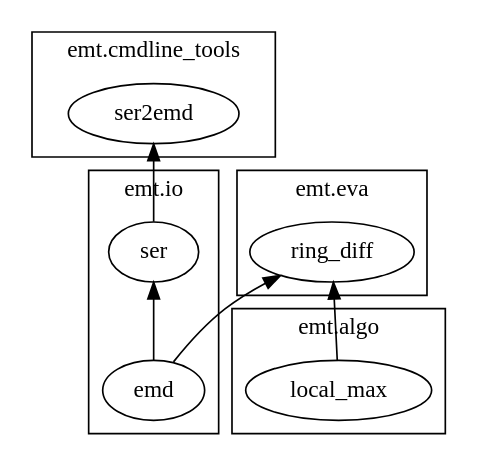
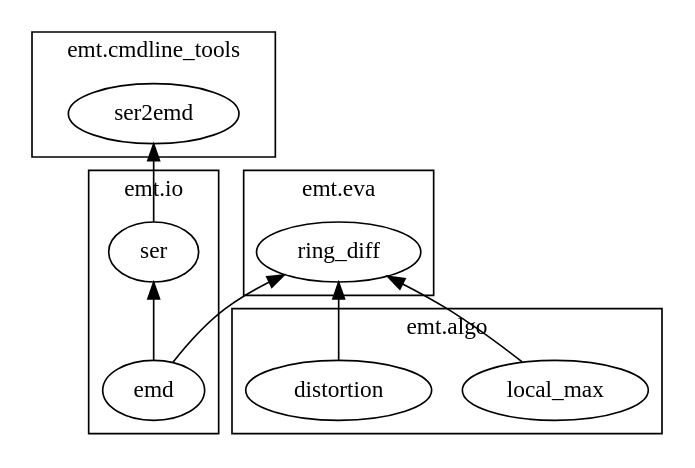
One commit to fniekiel/emt changed the diagram in docs/module_layout.dot. Above: the diagram before and after it, drawn with Graphviz. The commit also changed 3 other files, not shown here.

```diff
--- a/docs/module_layout.dot
+++ b/docs/module_layout.dot
@@ -1,43 +1,45 @@
 digraph modules {
     rankdir = BT;
     labelloc = "b";
 
     subgraph "cluster_emt.io"{
     label = "emt.io";
     
     "emt.io.emd" [label="emd"];
     
     "emt.io.ser" [label="ser"];
 
     
     }
     
     subgraph "cluster_emt.algo"{
     label = "emt.algo";
     
     "emt.algo.local_max" [label="local_max"];
+    "emt.algo.distortion" [label="distortion"];
     
     }
     
     subgraph "cluster_emt.eva"{
     label = "emt.eva";
     
     "emt.eva.ring_diff" [label="ring_diff"];
 
     
     }
     
     subgraph "cluster_emt.cmdline_tools" {
     label = "emt.cmdline_tools";
     
     "emt.cmdline_tools.ser2emd" [label="ser2emd"];
 
     }
     
     "emt.io.emd" -> "emt.io.ser";
     
     "emt.algo.local_max" -> "emt.eva.ring_diff";
+    "emt.algo.distortion" -> "emt.eva.ring_diff";
     "emt.io.emd" -> "emt.eva.ring_diff";
     
     "emt.io.ser" -> "emt.cmdline_tools.ser2emd";
 }
```
